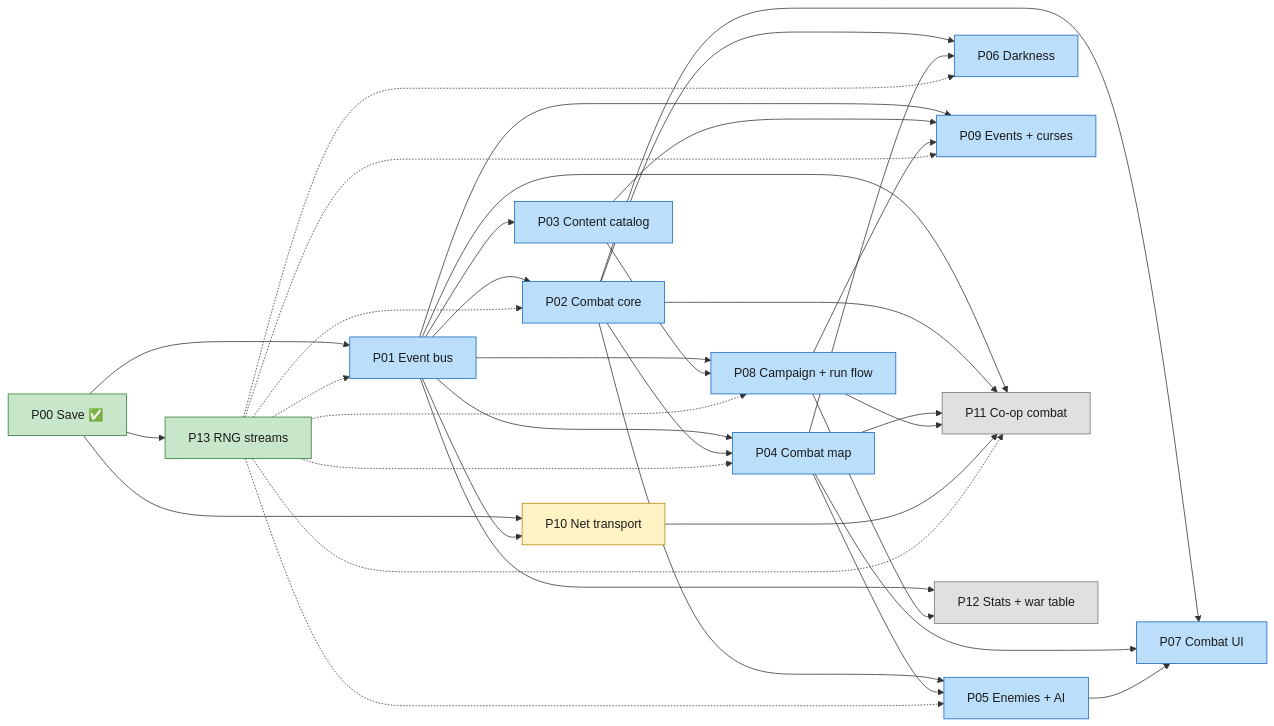
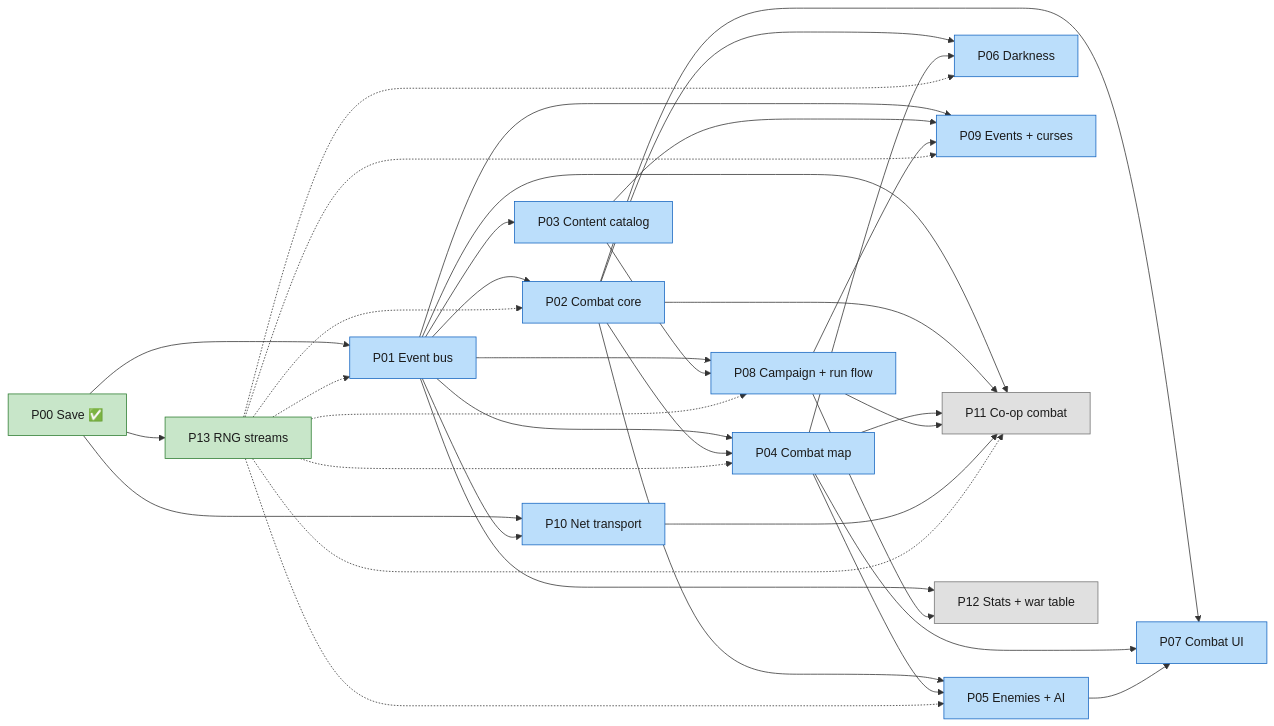
Before and after one commit to DevinHMurphy/bandit-bash: the first of 2 diagrams in docs/plans/orchestrator/dependencies.md, drawn with Mermaid. The commit also changed other lines of this file, not shown here.

````diff
--- a/docs/plans/orchestrator/dependencies.md
+++ b/docs/plans/orchestrator/dependencies.md
@@ -16,48 +16,48 @@
 ```mermaid
 flowchart LR
   P00[P00 Save ✅] --> P01[P01 Event bus]
   P00 --> P13[P13 RNG streams]
   P00 --> P10[P10 Net transport]
   P01 --> P02[P02 Combat core]
   P01 --> P03[P03 Content catalog]
   P01 --> P04[P04 Combat map]
   P02 --> P04
   P02 --> P05[P05 Enemies + AI]
   P04 --> P05
   P02 --> P06[P06 Darkness]
   P04 --> P06
   P02 --> P07[P07 Combat UI]
   P04 --> P07
   P05 --> P07
   P01 --> P08[P08 Campaign + run flow]
   P03 --> P08
   P01 --> P09[P09 Events + curses]
   P03 --> P09
   P08 --> P09
   P01 --> P10
   P01 --> P11[P11 Co-op combat]
   P02 --> P11
   P04 --> P11
   P08 --> P11
   P10 --> P11
   P01 --> P12[P12 Stats + war table]
   P08 --> P12
   P13 -.-> P01
   P13 -.-> P02
   P13 -.-> P04
   P13 -.-> P05
   P13 -.-> P06
   P13 -.-> P08
   P13 -.-> P09
   P13 -.-> P11
 
   classDef done fill:#c8e6c9,stroke:#2e7d32,color:#1b1b1b
   classDef active fill:#bbdefb,stroke:#1565c0,color:#1b1b1b
   classDef ready fill:#fff3c4,stroke:#b8860b,color:#1b1b1b
   classDef waiting fill:#e0e0e0,stroke:#757575,color:#1b1b1b
   class P00,P13 done
   class P01,P02,P03,P04,P05,P06,P07,P08 active
   class P09 active
-  class P10 ready
+  class P10 active
   class P11,P12 waiting
 ```
````
